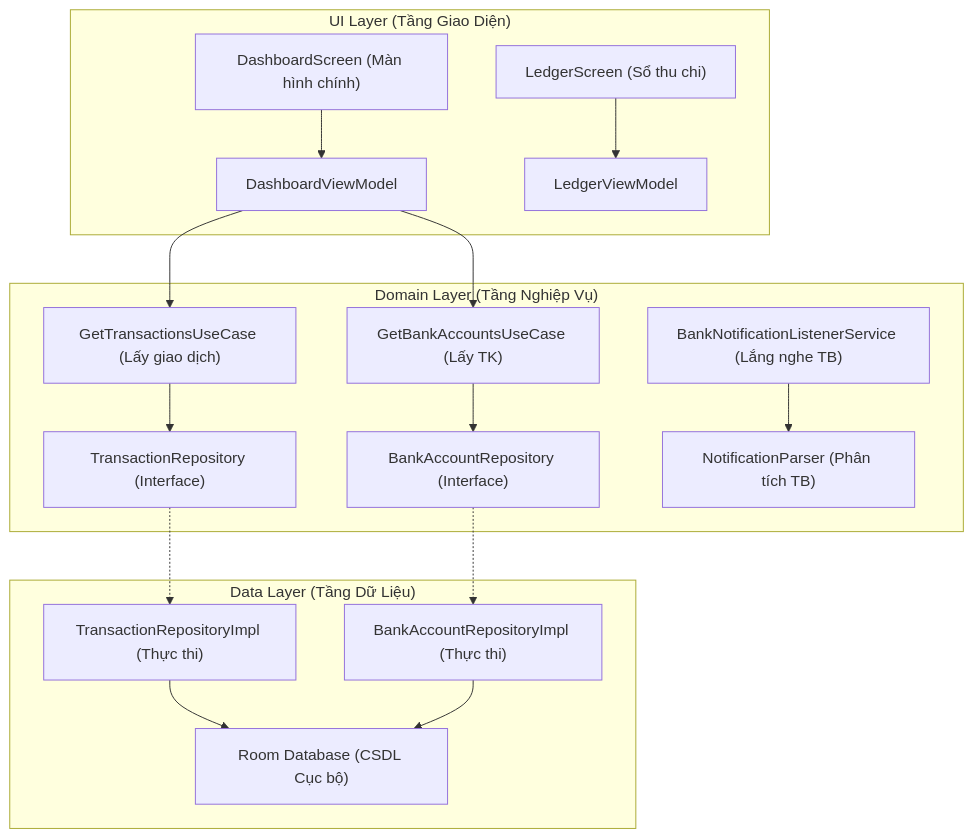
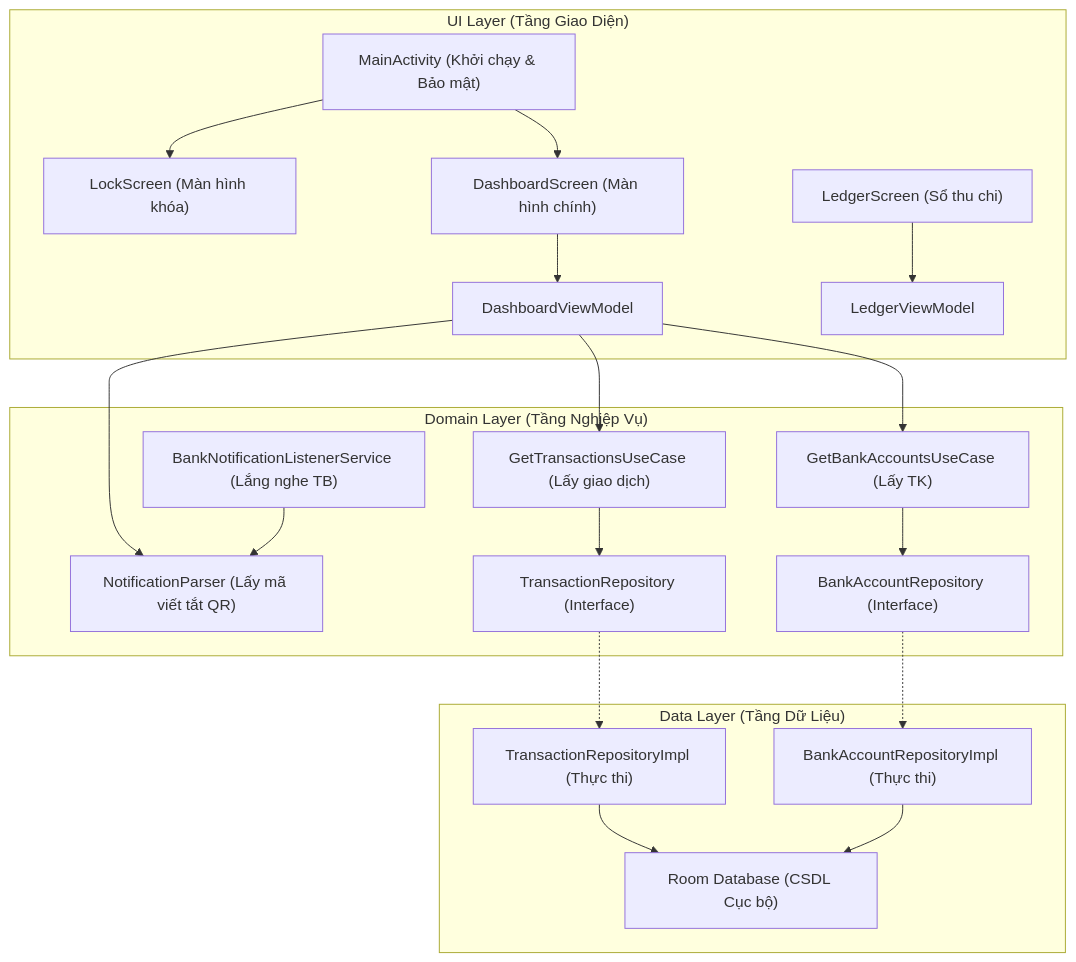
The first of 3 diagrams in README.md (Thethien2k5/Simple-Expense-Tracker), drawn with Mermaid before and after one commit. The commit also changed other lines of this file, not shown here.

````diff
--- a/README.md
+++ b/README.md
@@ -39,20 +50,23 @@
 ```mermaid
 graph TD
     subgraph UI_Layer ["UI Layer (Tầng Giao Diện)"]
-        DashboardScreen["DashboardScreen (Màn hình chính)"] --> DashboardViewModel["DashboardViewModel"]
+        MainActivity["MainActivity (Khởi chạy & Bảo mật)"] --> LockScreen["LockScreen (Màn hình khóa)"]
+        MainActivity --> DashboardScreen["DashboardScreen (Màn hình chính)"]
+        DashboardScreen --> DashboardViewModel["DashboardViewModel"]
         LedgerScreen["LedgerScreen (Sổ thu chi)"] --> LedgerViewModel["LedgerViewModel"]
     end
     subgraph Domain_Layer ["Domain Layer (Tầng Nghiệp Vụ)"]
         DashboardViewModel --> GetTransactionsUseCase["GetTransactionsUseCase (Lấy giao dịch)"]
         DashboardViewModel --> GetBankAccountsUseCase["GetBankAccountsUseCase (Lấy TK)"]
+        DashboardViewModel --> NotificationParser["NotificationParser (Lấy mã viết tắt QR)"]
         GetTransactionsUseCase --> TransactionRepository["TransactionRepository (Interface)"]
         GetBankAccountsUseCase --> BankAccountRepository["BankAccountRepository (Interface)"]
-        BankNotificationListenerService["BankNotificationListenerService (Lắng nghe TB)"] --> NotificationParser["NotificationParser (Phân tích TB)"]
+        BankNotificationListenerService["BankNotificationListenerService (Lắng nghe TB)"] --> NotificationParser
     end
     subgraph Data_Layer ["Data Layer (Tầng Dữ Liệu)"]
         TransactionRepository -.-> TransactionRepositoryImpl["TransactionRepositoryImpl (Thực thi)"]
         BankAccountRepository -.-> BankAccountRepositoryImpl["BankAccountRepositoryImpl (Thực thi)"]
         TransactionRepositoryImpl --> RoomDatabase["Room Database (CSDL Cục bộ)"]
         BankAccountRepositoryImpl --> RoomDatabase
     end
 ```
````
